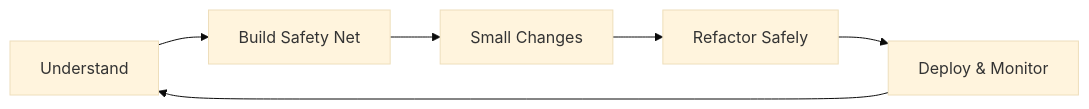
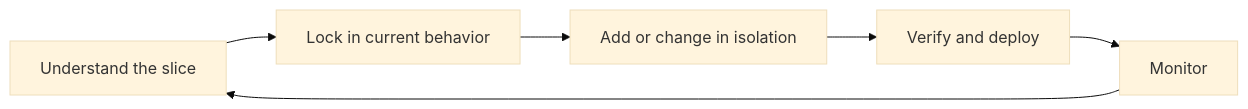
One commit to mostafiz57/Software-Architecture-Playbook changed the first of 2 diagrams in guides/modernizing-legacy-systems/README.md. Above: the diagram before and after it, drawn with Mermaid (base theme). The commit also changed other lines of this file, not shown here.

````diff
--- a/guides/modernizing-legacy-systems/README.md
+++ b/guides/modernizing-legacy-systems/README.md
@@ -35,8 +33,8 @@
 ```mermaid
 flowchart LR
-  A[Understand] --> B[Build Safety Net]
-  B --> C[Small Changes]
-  C --> D[Refactor Safely]
-  D --> E[Deploy & Monitor]
+  A[Understand the slice] --> B[Lock in current behavior]
+  B --> C[Add or change in isolation]
+  C --> D[Verify and deploy]
+  D --> E[Monitor]
   E --> A
 ```
````
